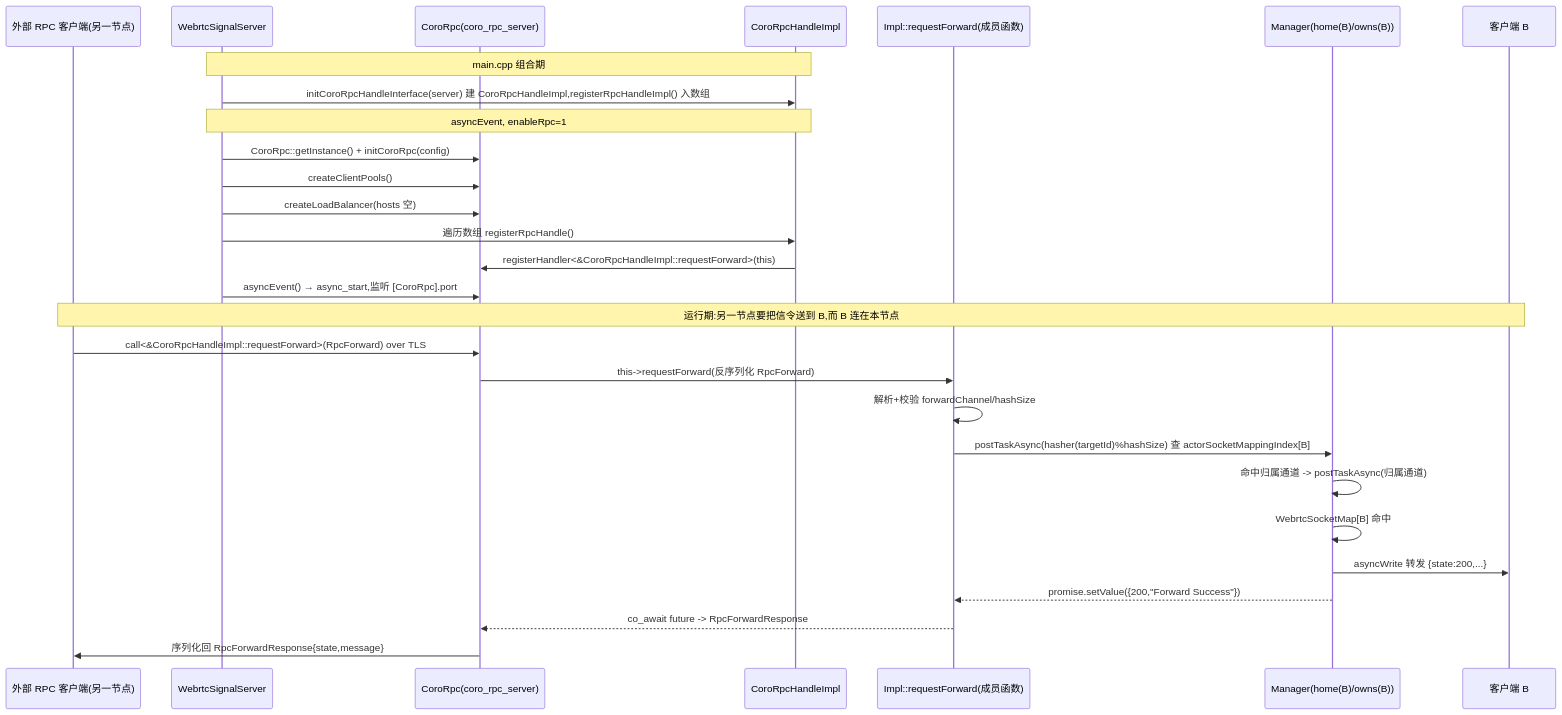
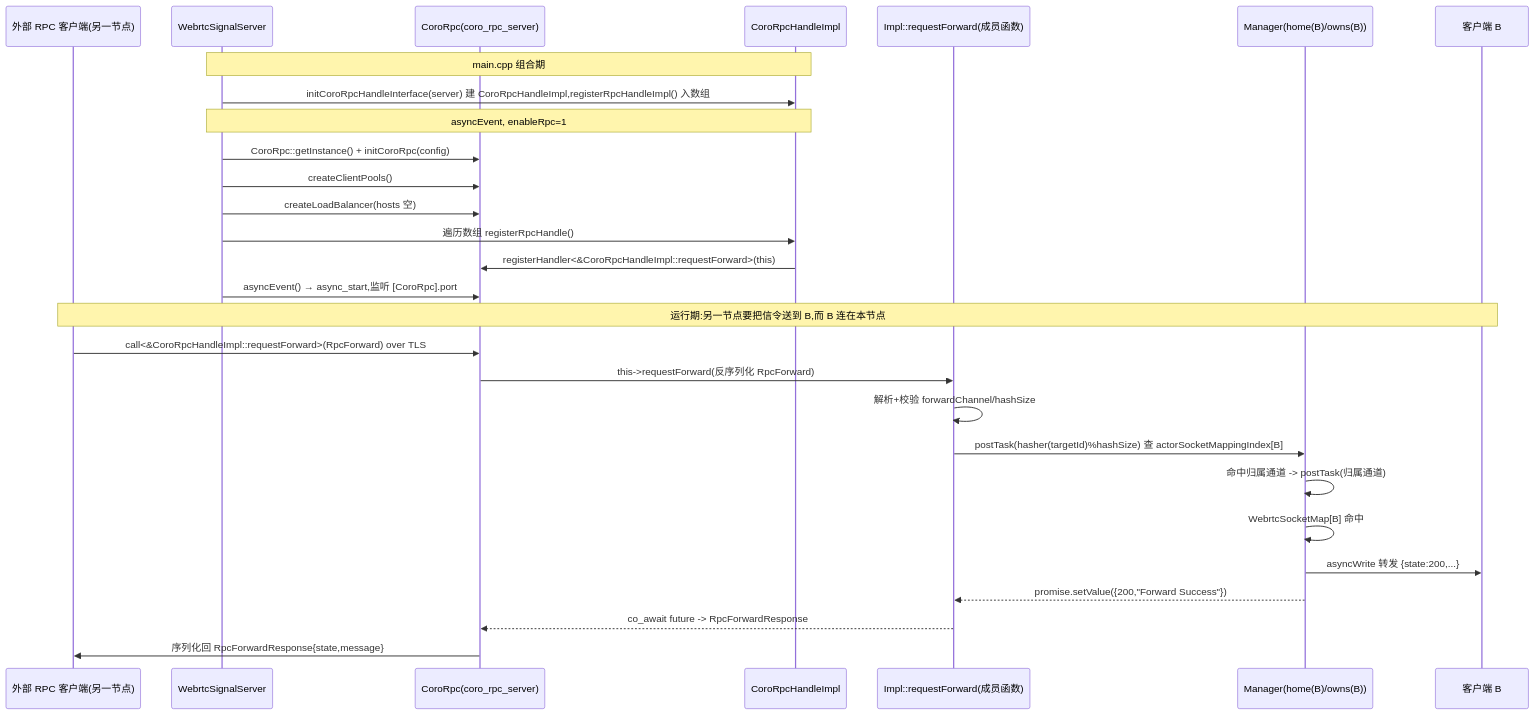
The fifth of 5 diagrams in WebrtcSignalServer.md (HopeTiga/HopeDesk), drawn with Mermaid before and after one commit. The commit also changed other lines of this file, not shown here.

````diff
--- a/WebrtcSignalServer.md
+++ b/WebrtcSignalServer.md
@@ -589,30 +590,30 @@
 ```mermaid
 sequenceDiagram
   participant Cli as 外部 RPC 客户端(另一节点)
   participant Srv as WebrtcSignalServer
   participant Rpc as CoroRpc(coro_rpc_server)
   participant Impl as CoroRpcHandleImpl
   participant Fn as Impl::requestForward(成员函数)
   participant Mb as Manager(home(B)/owns(B))
   participant B as 客户端 B
   Note over Srv,Impl: main.cpp 组合期
   Srv->>Impl: initCoroRpcHandleInterface(server) 建 CoroRpcHandleImpl,registerRpcHandleImpl() 入数组
   Note over Srv,Impl: asyncEvent, enableRpc=1
   Srv->>Rpc: CoroRpc::getInstance() + initCoroRpc(config)
   Srv->>Rpc: createClientPools()
   Srv->>Rpc: createLoadBalancer(hosts 空)
   Srv->>Impl: 遍历数组 registerRpcHandle()
   Impl->>Rpc: registerHandler<&CoroRpcHandleImpl::requestForward>(this)
   Srv->>Rpc: asyncEvent() → async_start,监听 [CoroRpc].port
   Note over Cli,B: 运行期:另一节点要把信令送到 B,而 B 连在本节点
   Cli->>Rpc: call<&CoroRpcHandleImpl::requestForward>(RpcForward) over TLS
   Rpc->>Fn: this->requestForward(反序列化 RpcForward)
   Fn->>Fn: 解析+校验 forwardChannel/hashSize
-  Fn->>Mb: postTaskAsync(hasher(targetId)%hashSize) 查 actorSocketMappingIndex[B]
-  Mb->>Mb: 命中归属通道 -> postTaskAsync(归属通道)
+  Fn->>Mb: postTask(hasher(targetId)%hashSize) 查 actorSocketMappingIndex[B]
+  Mb->>Mb: 命中归属通道 -> postTask(归属通道)
   Mb->>Mb: WebrtcSocketMap[B] 命中
   Mb->>B: asyncWrite 转发 {state:200,...}
   Mb-->>Fn: promise.setValue({200,"Forward Success"})
   Fn-->>Rpc: co_await future -> RpcForwardResponse
   Rpc->>Cli: 序列化回 RpcForwardResponse{state,message}
 ```
````
